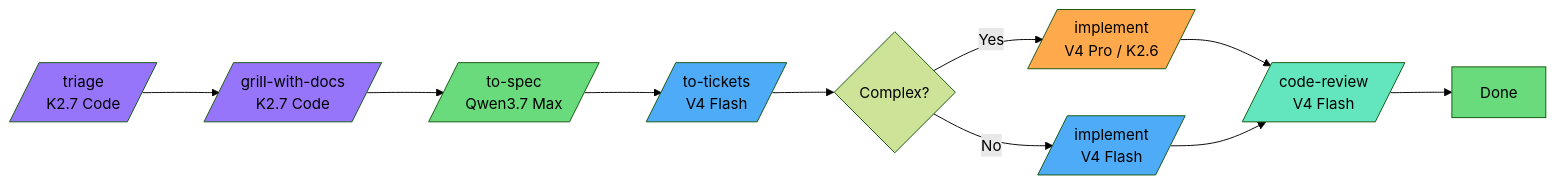
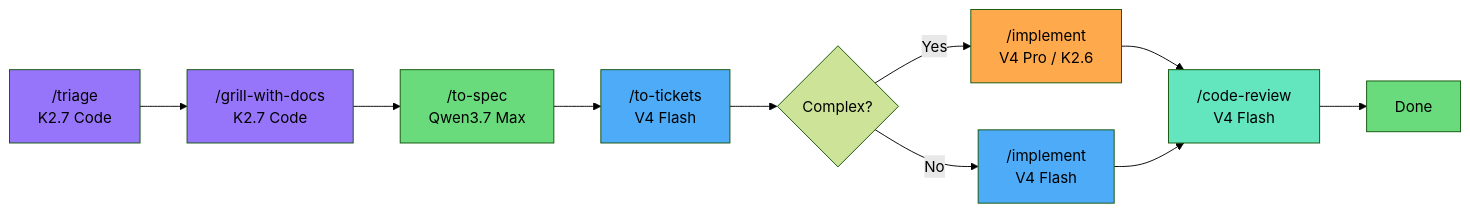
One commit to elisharkray1030/ai-coding-workflow changed the first of 5 diagrams in README.md. Above: the diagram before and after it, drawn with Mermaid (forest theme). The commit also changed other lines of this file, not shown here.

````diff
--- a/README.md
+++ b/README.md
@@ -14,27 +14,27 @@
 ```mermaid
 graph LR
-    TR[/triage<br/>K2.7 Code/] --> IN[/grill-with-docs<br/>K2.7 Code/]
-    IN --> SP[/to-spec<br/>Qwen3.7 Max/]
-    SP --> TK[/to-tickets<br/>V4 Flash/]
+    TR[ /triage<br/>K2.7 Code] --> IN[ /grill-with-docs<br/>K2.7 Code]
+    IN --> SP[ /to-spec<br/>Qwen3.7 Max]
+    SP --> TK[ /to-tickets<br/>V4 Flash]
     TK --> D{Complex?}
-    D -->|Yes| IC[/implement<br/>V4 Pro / K2.6/]
-    D -->|No| IS[/implement<br/>V4 Flash/]
-    IC --> CR[/code-review<br/>V4 Flash/]
+    D -->|Yes| IC[ /implement<br/>V4 Pro / K2.6]
+    D -->|No| IS[ /implement<br/>V4 Flash]
+    IC --> CR[ /code-review<br/>V4 Flash]
     IS --> CR
     CR --> DN[Done]
 
     classDef purple fill:#9775fa,color:#000
     classDef green fill:#69db7c,color:#000
     classDef blue fill:#4dabf7,color:#000
     classDef orange fill:#ffa94d,color:#000
     classDef teal fill:#63e6be,color:#000
     classDef yellow fill:#fcc419,color:#000
     classDef red fill:#ff8787,color:#000
 
     class TR,IN purple
     class SP green
     class TK,IS blue
     class IC orange
     class CR teal
     class DN green
 ```
````
